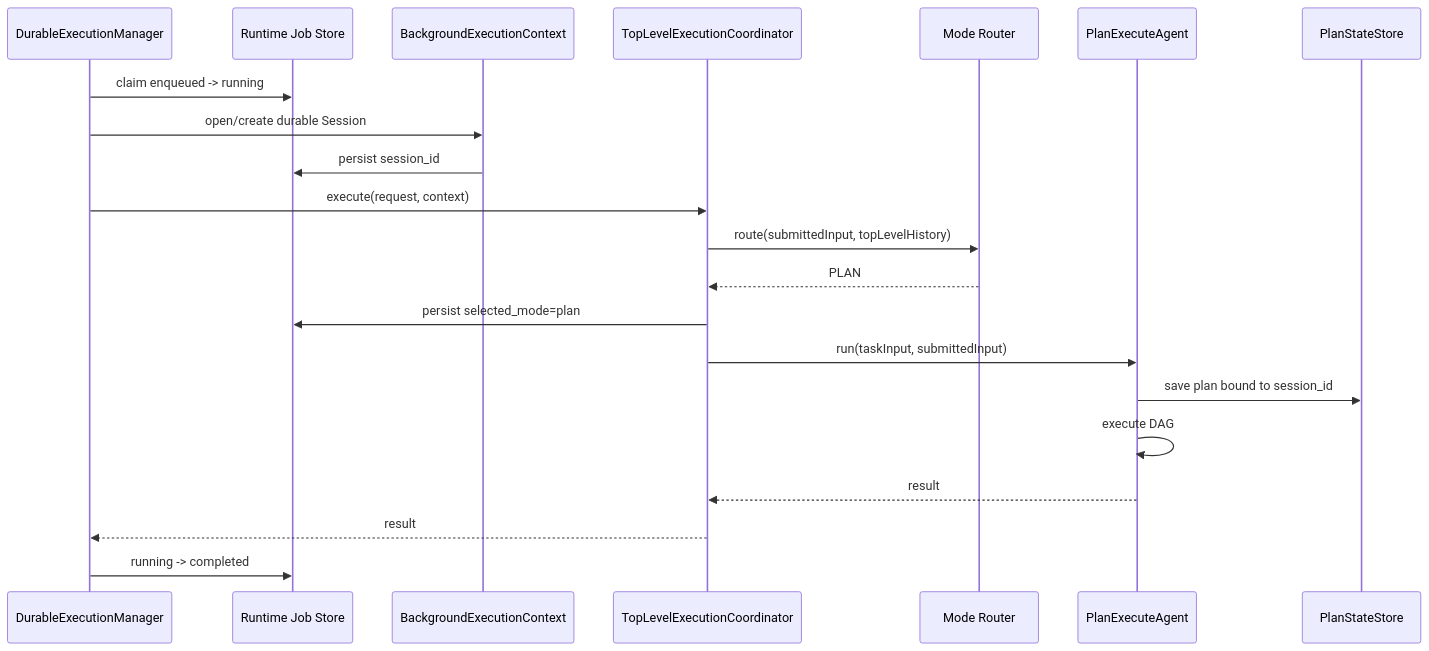
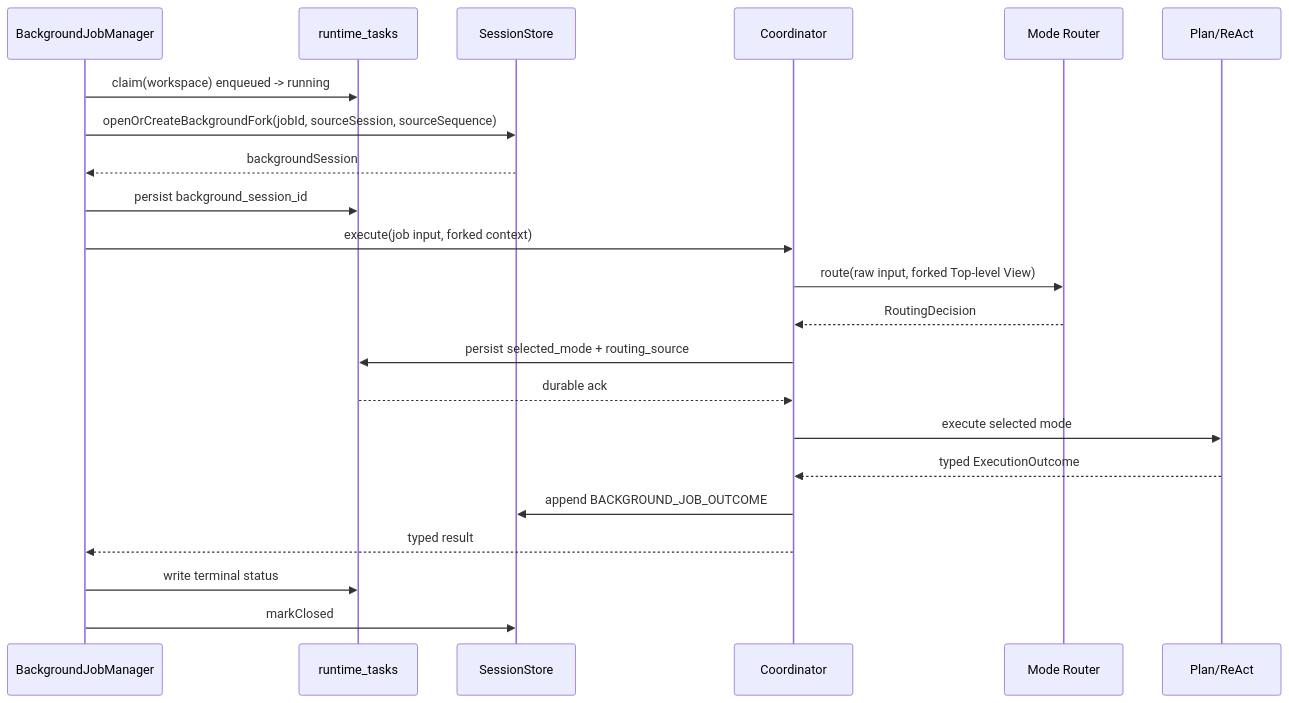
One commit to zgjdev/Code-Agent changed the third of 3 diagrams in docs/dev/31-unified-background-execution-runtime.md. Above: the diagram before and after it, drawn with Mermaid. The commit also changed other lines of this file, not shown here.

Commit message:
docs(runtime): refine background context and recovery design

````diff
--- a/docs/dev/31-unified-background-execution-runtime.md
+++ b/docs/dev/31-unified-background-execution-runtime.md
@@ -521,24 +577,25 @@
-```mermaid
+~~~mermaid
 sequenceDiagram
-    participant Q as DurableExecutionManager
-    participant S as Runtime Job Store
-    participant X as BackgroundExecutionContext
-    participant C as TopLevelExecutionCoordinator
+    participant M as BackgroundJobManager
+    participant DB as runtime_tasks
+    participant SS as SessionStore
+    participant C as Coordinator
     participant R as Mode Router
-    participant P as PlanExecuteAgent
-    participant PS as PlanStateStore
+    participant P as Plan/ReAct
 
-    Q->>S: claim enqueued -> running
-    Q->>X: open/create durable Session
-    X->>S: persist session_id
-    Q->>C: execute(request, context)
-    C->>R: route(submittedInput, topLevelHistory)
-    R-->>C: PLAN
-    C->>S: persist selected_mode=plan
-    C->>P: run(taskInput, submittedInput)
-    P->>PS: save plan bound to session_id
-    P->>P: execute DAG
-    P-->>C: result
-    C-->>Q: result
-    Q->>S: running -> completed
-```
+    M->>DB: claim(workspace) enqueued -> running
+    M->>SS: openOrCreateBackgroundFork(jobId, sourceSession, sourceSequence)
+    SS-->>M: backgroundSession
+    M->>DB: persist background_session_id
+    M->>C: execute(job input, forked context)
+    C->>R: route(raw input, forked Top-level View)
+    R-->>C: RoutingDecision
+    C->>DB: persist selected_mode + routing_source
+    DB-->>C: durable ack
+    C->>P: execute selected mode
+    P-->>C: typed ExecutionOutcome
+    C->>SS: append BACKGROUND_JOB_OUTCOME
+    C-->>M: typed result
+    M->>DB: write terminal status
+    M->>SS: markClosed
+~~~
````
